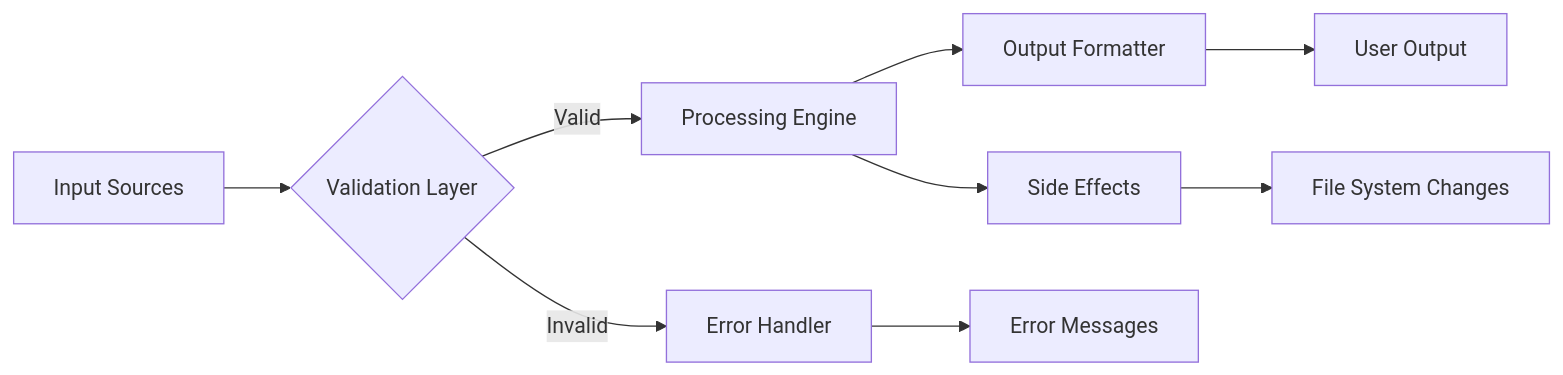
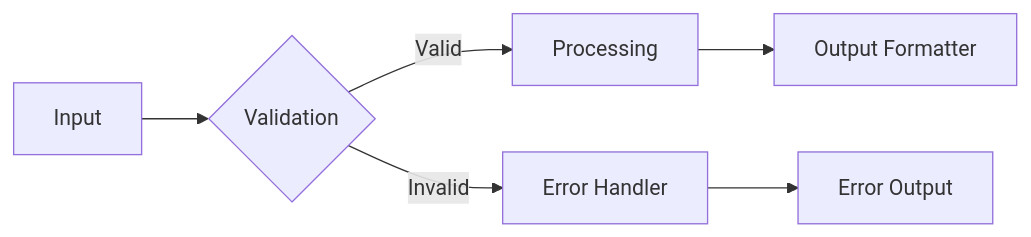
Before and after one commit to xincheng213618/OpenDeepWiki: the third of 6 diagrams in src/KoalaWiki/Prompts/Warehouse/GenerateDocsCLITools.md, drawn with Mermaid. The commit also changed other lines of this file and 8 other files, not shown here.

````diff
--- a/src/KoalaWiki/Prompts/Warehouse/GenerateDocsCLITools.md
+++ b/src/KoalaWiki/Prompts/Warehouse/GenerateDocsCLITools.md
@@ -104,11 +110,8 @@
 ```mermaid
 flowchart LR
-    A[Input Sources] --> B{Validation Layer}
-    B -->|Valid| C[Processing Engine]
+    A[Input] --> B{Validation}
+    B -->|Valid| C[Processing]
     B -->|Invalid| D[Error Handler]
     C --> E[Output Formatter]
-    C --> F[Side Effects]
-    E --> G[User Output]
-    F --> H[File System Changes]
-    D --> I[Error Messages]
+    D --> F[Error Output]
 ```
````
